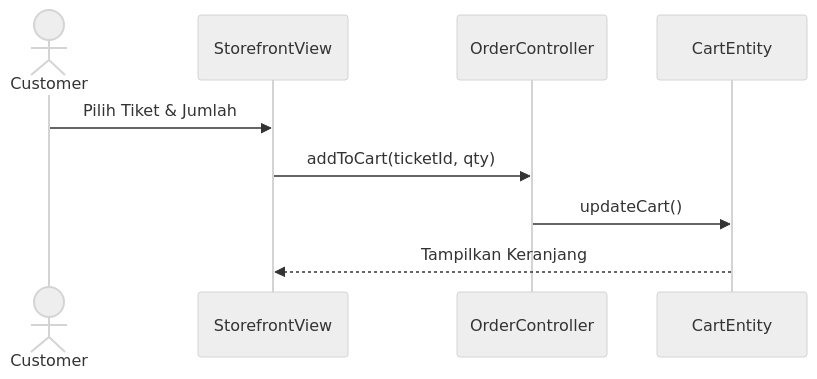
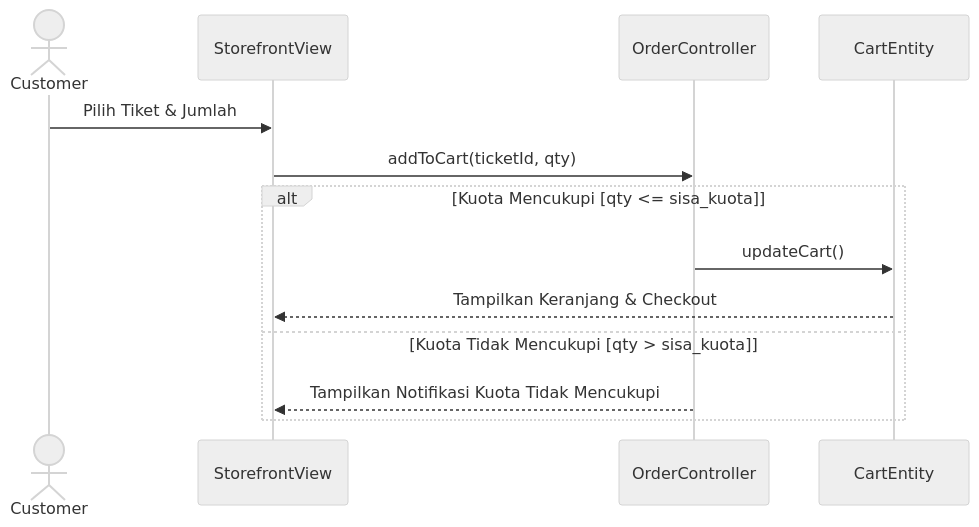
The seventh of 27 diagrams in docs/Tugas 1 - DPPL SISTEM PEMESANAN TIKET.md (impal-kelompok-4/pos-tiket-standup), drawn with Mermaid (neutral theme) before and after one commit. The commit also changed other lines of this file and 28 other files, not shown here.

````diff
--- a/docs/Tugas 1 - DPPL SISTEM PEMESANAN TIKET.md
+++ b/docs/Tugas 1 - DPPL SISTEM PEMESANAN TIKET.md
@@ -392,11 +402,15 @@
 ```mermaid
 sequenceDiagram
     actor Customer
     participant StorefrontView
     participant OrderController
     participant CartEntity
     Customer->>StorefrontView: Pilih Tiket & Jumlah
     StorefrontView->>OrderController: addToCart(ticketId, qty)
-    OrderController->>CartEntity: updateCart()
-    CartEntity-->>StorefrontView: Tampilkan Keranjang
+    alt Kuota Mencukupi [qty <= sisa_kuota]
+        OrderController->>CartEntity: updateCart()
+        CartEntity-->>StorefrontView: Tampilkan Keranjang & Checkout
+    else Kuota Tidak Mencukupi [qty > sisa_kuota]
+        OrderController-->>StorefrontView: Tampilkan Notifikasi Kuota Tidak Mencukupi
+    end
 ```
````
